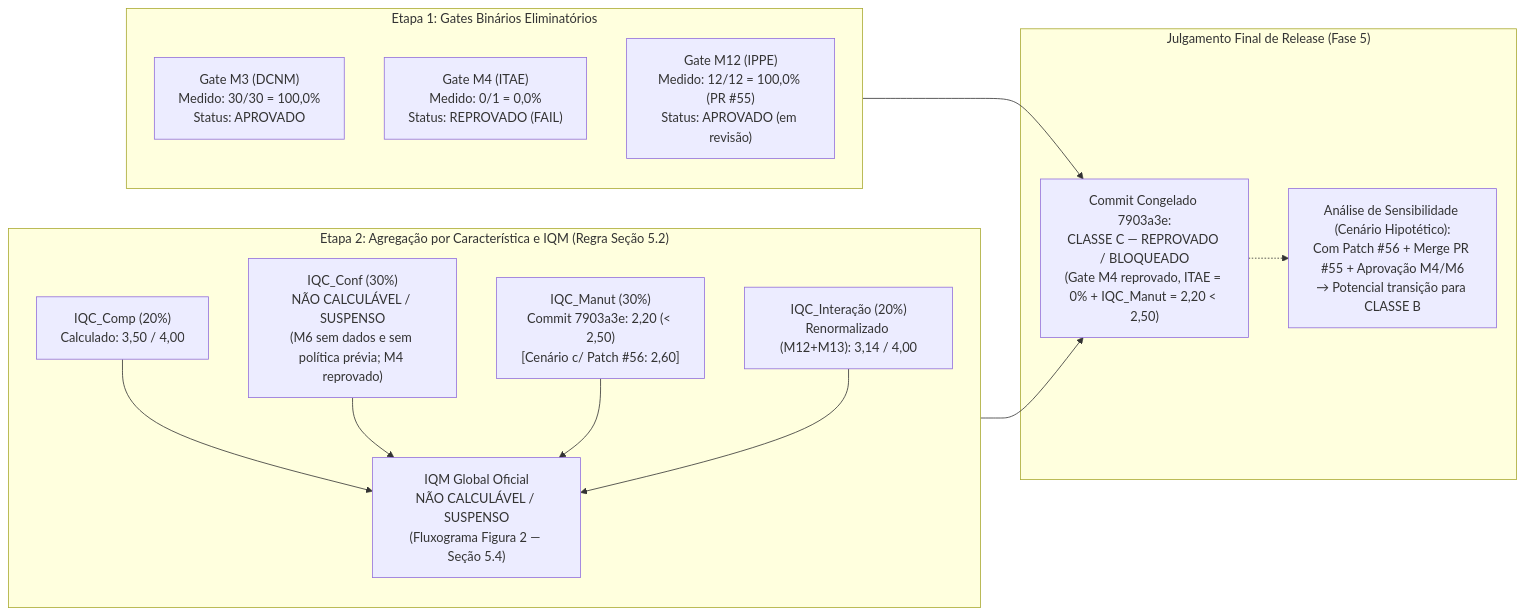
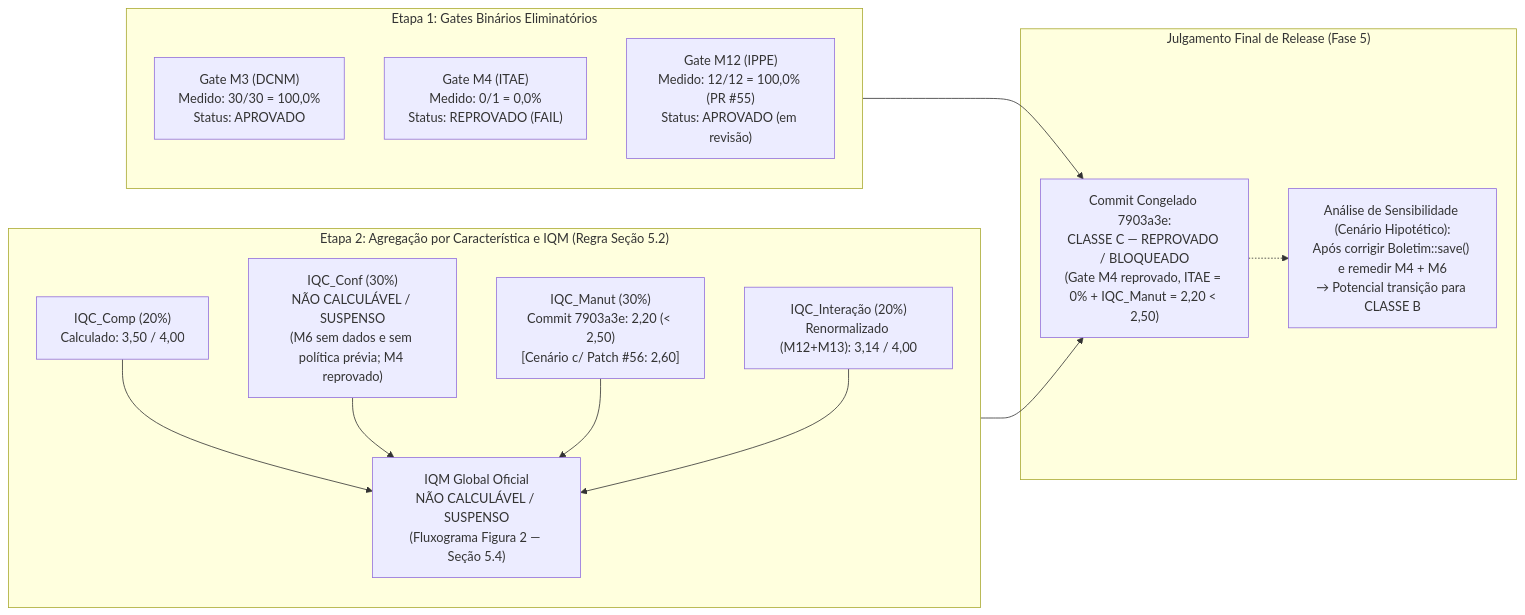
Before and after one commit to FCTE-Qualidade-de-Software-1/2026-2_T02_GRACE_HOPPER: the second of 2 diagrams in docs/plano_medicao_testes.md, drawn with Mermaid. The commit also changed other lines of this file and 2 other files, not shown here.

Commit message:
Correção do merge

````diff
--- a/docs/plano_medicao_testes.md
+++ b/docs/plano_medicao_testes.md
@@ -358,26 +358,26 @@
 ```mermaid
 flowchart LR
     subgraph ETAPA1["Etapa 1: Gates Binários Eliminatórios"]
         M3_G["Gate M3 (DCNM)<br/>Medido: 30/30 = 100,0%<br/>Status: APROVADO"]
         M4_G["Gate M4 (ITAE)<br/>Medido: 0/1 = 0,0%<br/>Status: REPROVADO (FAIL)"]
         M12_G["Gate M12 (IPPE)<br/>Medido: 12/12 = 100,0% (PR #55)<br/>Status: APROVADO (em revisão)"]
     end
 
     subgraph ETAPA2["Etapa 2: Agregação por Característica e IQM (Regra Seção 5.2)"]
         IQC1["IQC_Comp (20%)<br/>Calculado: 3,50 / 4,00"]
         IQC2["IQC_Conf (30%)<br/>NÃO CALCULÁVEL / SUSPENSO<br/>(M6 sem dados e sem política prévia; M4 reprovado)"]
         IQC3["IQC_Manut (30%)<br/>Commit 7903a3e: 2,20 (&lt; 2,50)<br/>[Cenário c/ Patch #56: 2,60]"]
         IQC4["IQC_Interação (20%)<br/>Renormalizado (M12+M13): 3,14 / 4,00"]
         IQM_BOX["IQM Global Oficial<br/>NÃO CALCULÁVEL / SUSPENSO<br/>(Fluxograma Figura 2 — Seção 5.4)"]
         IQC1 & IQC2 & IQC3 & IQC4 --> IQM_BOX
     end
 
     subgraph DECISAO["Julgamento Final de Release (Fase 5)"]
         VEREDITO["Commit Congelado 7903a3e:<br/>CLASSE C — REPROVADO / BLOQUEADO<br/>(Gate M4 reprovado, ITAE = 0% + IQC_Manut = 2,20 &lt; 2,50)"]
-        CENARIO["Análise de Sensibilidade (Cenário Hipotético):<br/>Com Patch #56 + Merge PR #55 + Aprovação M4/M6<br/>→ Potencial transição para CLASSE B"]
+        CENARIO["Análise de Sensibilidade (Cenário Hipotético):<br/>Após corrigir Boletim::save() e remedir M4 + M6<br/>→ Potencial transição para CLASSE B"]
         VEREDITO -.-> CENARIO
     end
 
     ETAPA1 --> VEREDITO
     ETAPA2 --> VEREDITO
 ```
````
